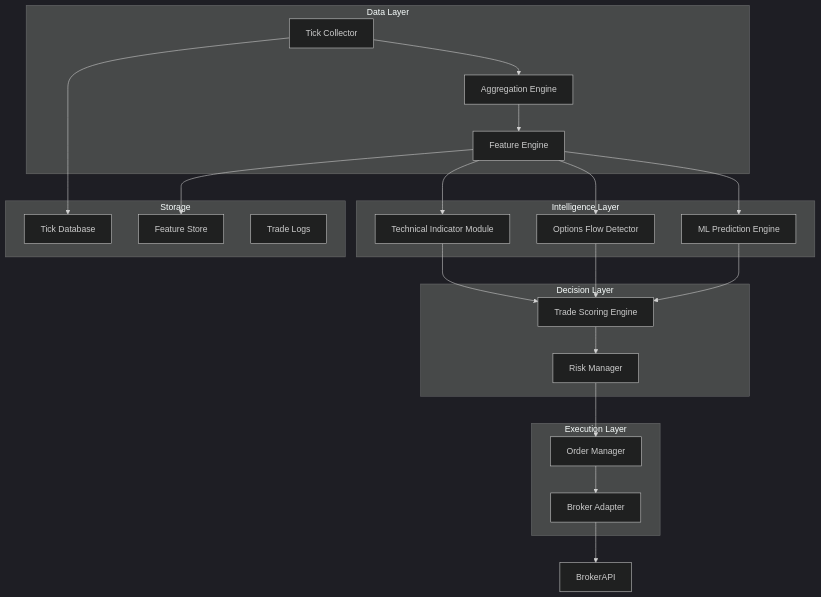
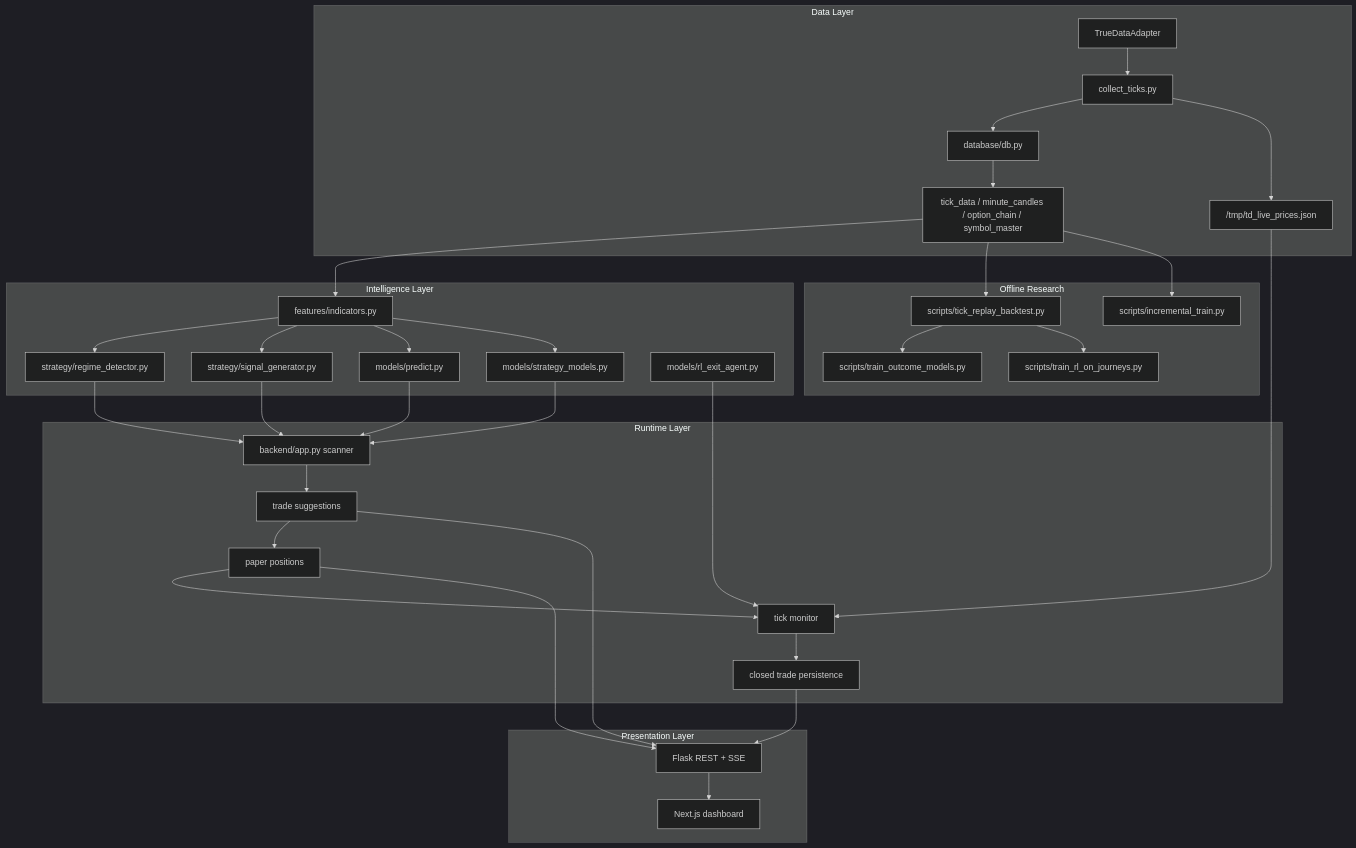
The ninth of 12 diagrams in docs/Flow diagrams and designs.md (aaryansinha16/AI-trader), drawn with Mermaid (dark theme) before and after one commit. The commit also changed other lines of this file, not shown here.

Commit message:
update: flow diagrams of current system

````diff
--- a/docs/Flow diagrams and designs.md
+++ b/docs/Flow diagrams and designs.md
@@ -245,49 +296,72 @@
 ```mermaid
 flowchart TD
 
-subgraph Data Layer
-A1[Tick Collector]
-A2[Aggregation Engine]
-A3[Feature Engine]
+subgraph DataLayer["Data Layer"]
+  A1["TrueDataAdapter"]
+  A2["collect_ticks.py"]
+  A3["database/db.py"]
+  A4["tick_data / minute_candles / option_chain / symbol_master"]
+  A5["/tmp/td_live_prices.json"]
 end
 
-subgraph Intelligence Layer
-B1[Technical Indicator Module]
-B2[Options Flow Detector]
-B3[ML Prediction Engine]
+subgraph IntelligenceLayer["Intelligence Layer"]
+  B1["features/indicators.py"]
+  B2["strategy/regime_detector.py"]
+  B3["strategy/signal_generator.py"]
+  B4["models/predict.py"]
+  B5["models/strategy_models.py"]
+  B6["models/rl_exit_agent.py"]
 end
 
-subgraph Decision Layer
-C1[Trade Scoring Engine]
-C2[Risk Manager]
+subgraph RuntimeLayer["Runtime Layer"]
+  C1["backend/app.py scanner"]
+  C2["trade suggestions"]
+  C3["paper positions"]
+  C4["tick monitor"]
+  C5["closed trade persistence"]
 end
 
-subgraph Execution Layer
-D1[Order Manager]
-D2[Broker Adapter]
+subgraph PresentationLayer["Presentation Layer"]
+  D1["Flask REST + SSE"]
+  D2["Next.js dashboard"]
 end
 
-subgraph Storage
-E1[Tick Database]
-E2[Feature Store]
-E3[Trade Logs]
+subgraph OfflineResearch["Offline Research"]
+  E1["scripts/tick_replay_backtest.py"]
+  E2["scripts/incremental_train.py"]
+  E3["scripts/train_outcome_models.py"]
+  E4["scripts/train_rl_on_journeys.py"]
 end
 
-A1 --> E1
 A1 --> A2
 A2 --> A3
-A3 --> E2
+A3 --> A4
+A2 --> A5
 
-A3 --> B1
-A3 --> B2
-A3 --> B3
+A4 --> B1
+B1 --> B2
+B1 --> B3
+B1 --> B4
+B1 --> B5
+B6 --> C4
 
-B1 --> C1
 B2 --> C1
 B3 --> C1
+B4 --> C1
+B5 --> C1
+A5 --> C4
+C1 --> C2
+C2 --> C3
+C3 --> C4
+C4 --> C5
 
-C1 --> C2
 C2 --> D1
+C3 --> D1
+C5 --> D1
 D1 --> D2
-D2 --> BrokerAPI
+
+A4 --> E1
+A4 --> E2
+E1 --> E3
+E1 --> E4
 ```
````
